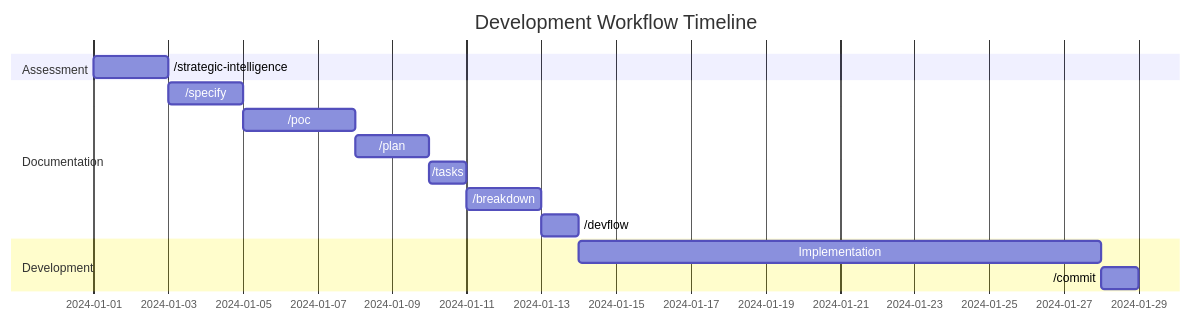
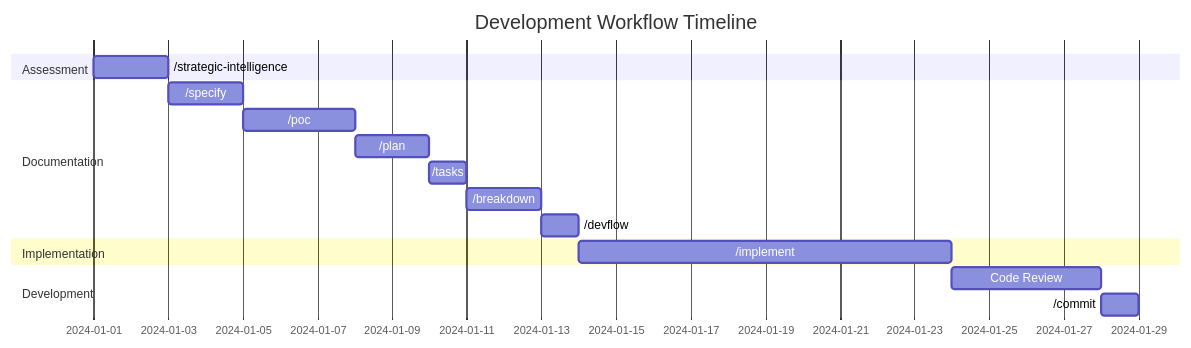
One commit to Mathews-Tom/sage-dev changed the eighth of 23 diagrams in commands/WORKFLOW.md. Above: the diagram before and after it, drawn with Mermaid. The commit also changed other lines of this file and 2 other files, not shown here.

First line of the commit message:
docs: introduce /implement command and integrate phased implementation across workflow

````diff
--- a/commands/WORKFLOW.md
+++ b/commands/WORKFLOW.md
@@ -159,17 +182,19 @@
 ```mermaid
 gantt
     title Development Workflow Timeline
     dateFormat YYYY-MM-DD
     section Assessment
     /strategic-intelligence :2024-01-01, 2d
     section Documentation
     /specify          :2024-01-03, 2d
     /poc              :2024-01-05, 3d
     /plan             :2024-01-08, 2d
     /tasks            :2024-01-10, 1d
     /breakdown        :2024-01-11, 2d
     /devflow          :2024-01-13, 1d
+    section Implementation
+    /implement        :2024-01-14, 10d
     section Development
-    Implementation    :2024-01-14, 14d
+    Code Review       :2024-01-24, 4d
     /commit           :2024-01-28, 1d
 ```
````
